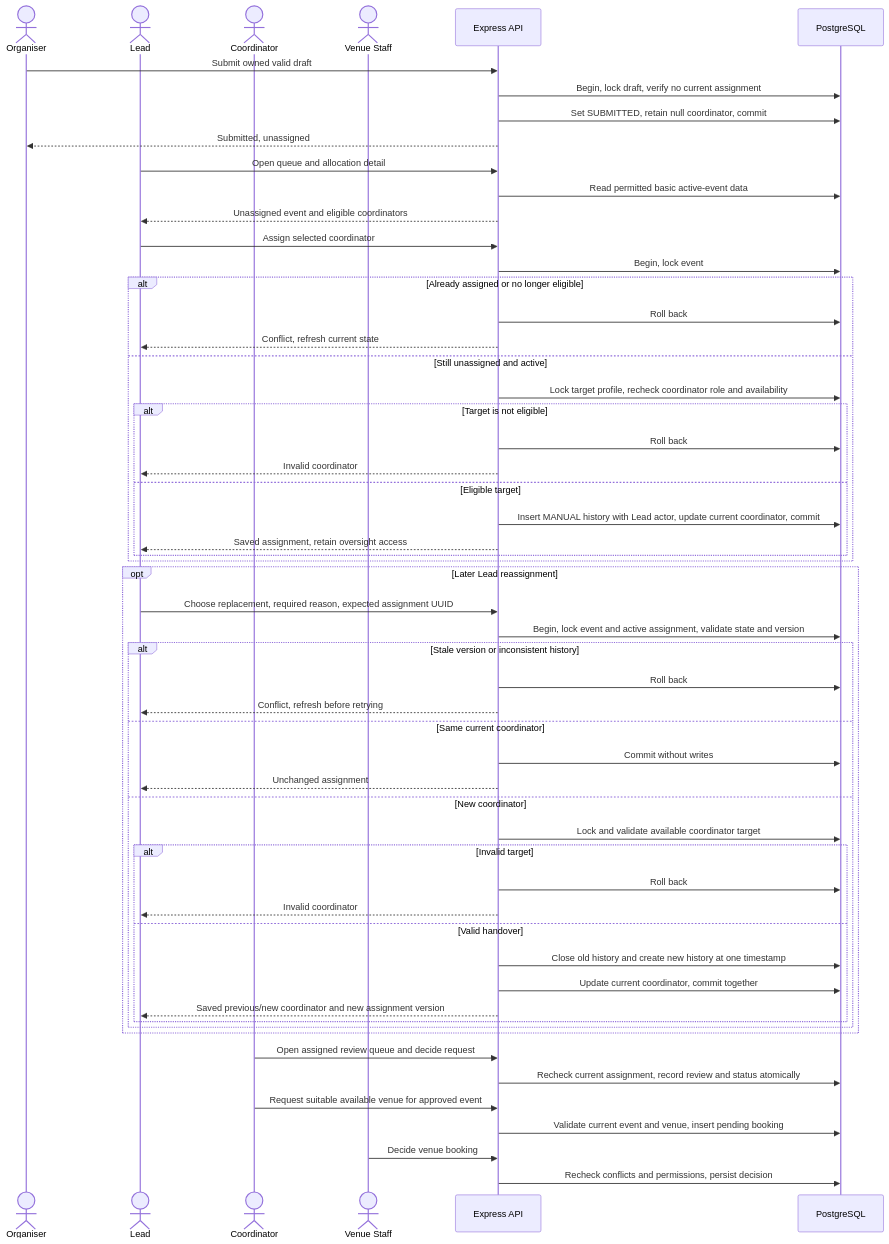
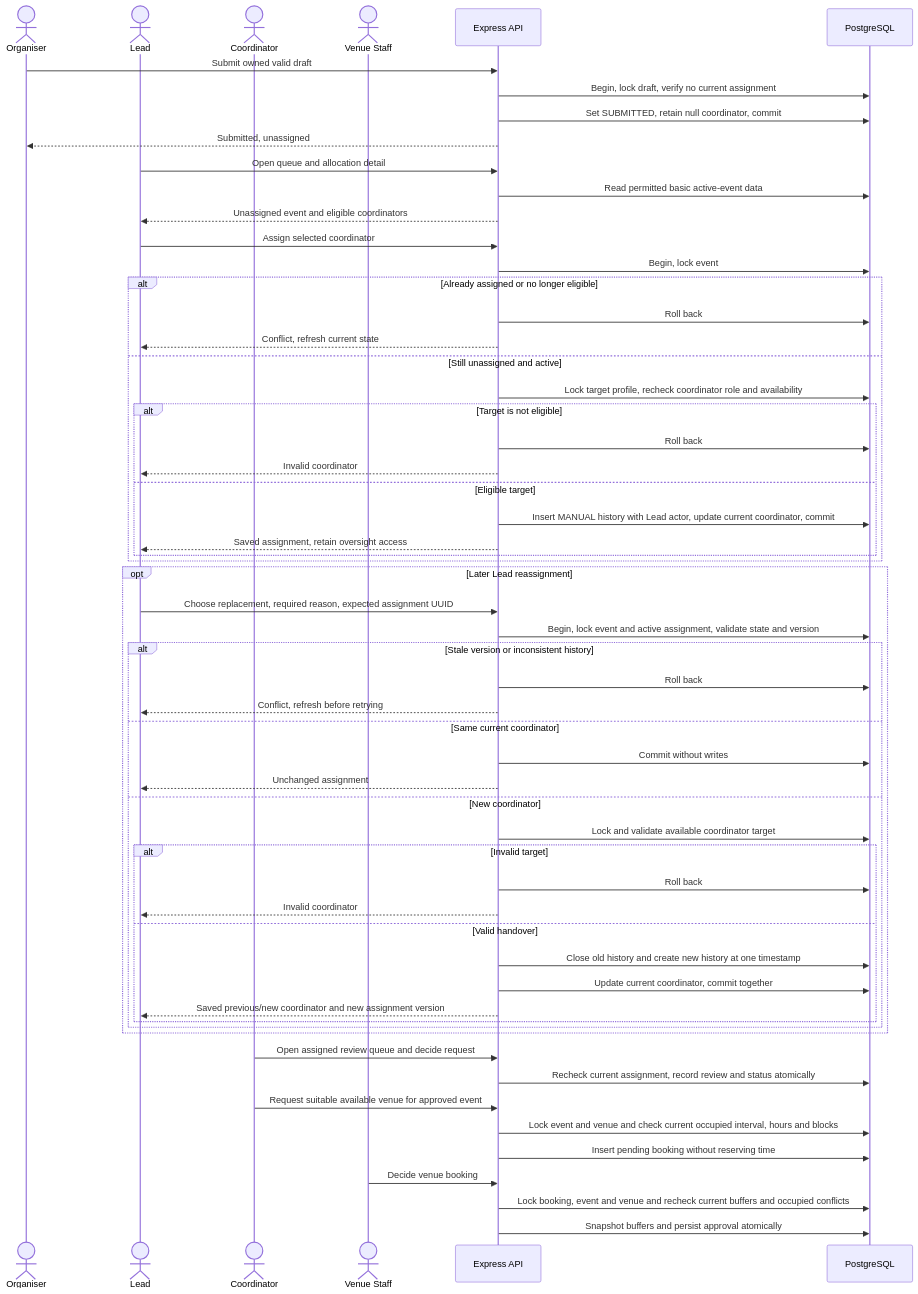
The fifth of 7 diagrams in docs/architecture/README.md (MochaLxtte/ConnectSphere), drawn with Mermaid before and after one commit. The commit also changed other lines of this file and 20 other files, not shown here.

````diff
--- a/docs/architecture/README.md
+++ b/docs/architecture/README.md
@@ -179,58 +186,60 @@
 ```mermaid
 sequenceDiagram
   actor Organiser
   actor Lead
   actor Coordinator
   actor Staff as Venue Staff
   participant API as Express API
   participant DB as PostgreSQL
   Organiser->>API: Submit owned valid draft
   API->>DB: Begin, lock draft, verify no current assignment
   API->>DB: Set SUBMITTED, retain null coordinator, commit
   API-->>Organiser: Submitted, unassigned
   Lead->>API: Open queue and allocation detail
   API->>DB: Read permitted basic active-event data
   API-->>Lead: Unassigned event and eligible coordinators
   Lead->>API: Assign selected coordinator
   API->>DB: Begin, lock event
   alt Already assigned or no longer eligible
     API->>DB: Roll back
     API-->>Lead: Conflict, refresh current state
   else Still unassigned and active
     API->>DB: Lock target profile, recheck coordinator role and availability
     alt Target is not eligible
       API->>DB: Roll back
       API-->>Lead: Invalid coordinator
     else Eligible target
       API->>DB: Insert MANUAL history with Lead actor, update current coordinator, commit
       API-->>Lead: Saved assignment, retain oversight access
     end
   end
   opt Later Lead reassignment
     Lead->>API: Choose replacement, required reason, expected assignment UUID
     API->>DB: Begin, lock event and active assignment, validate state and version
     alt Stale version or inconsistent history
       API->>DB: Roll back
       API-->>Lead: Conflict, refresh before retrying
     else Same current coordinator
       API->>DB: Commit without writes
       API-->>Lead: Unchanged assignment
     else New coordinator
       API->>DB: Lock and validate available coordinator target
       alt Invalid target
         API->>DB: Roll back
         API-->>Lead: Invalid coordinator
       else Valid handover
         API->>DB: Close old history and create new history at one timestamp
         API->>DB: Update current coordinator, commit together
         API-->>Lead: Saved previous/new coordinator and new assignment version
       end
     end
   end
   Coordinator->>API: Open assigned review queue and decide request
   API->>DB: Recheck current assignment, record review and status atomically
   Coordinator->>API: Request suitable available venue for approved event
-  API->>DB: Validate current event and venue, insert pending booking
+  API->>DB: Lock event and venue and check current occupied interval, hours and blocks
+  API->>DB: Insert pending booking without reserving time
   Staff->>API: Decide venue booking
-  API->>DB: Recheck conflicts and permissions, persist decision
+  API->>DB: Lock booking, event and venue and recheck current buffers and occupied conflicts
+  API->>DB: Snapshot buffers and persist approval atomically
 ```
````
